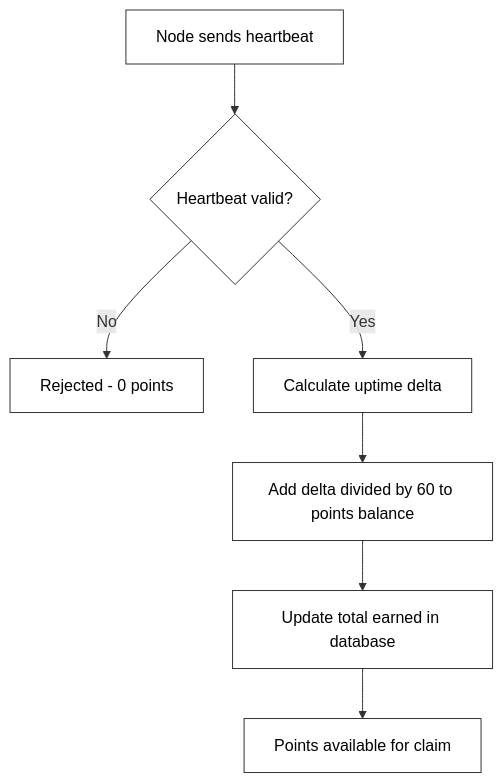
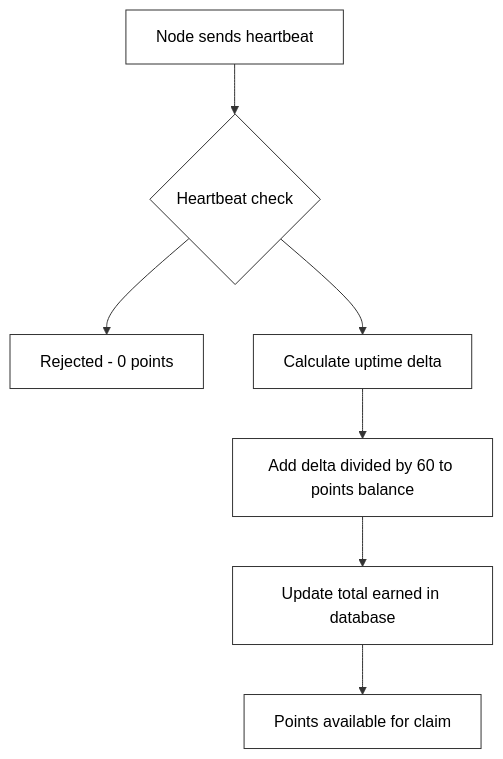
The first of 2 diagrams in rewards.md (Nexora-Node/Docs), drawn with Mermaid before and after one commit. The commit also changed other lines of this file and 5 other files, not shown here.

````diff
--- a/rewards.md
+++ b/rewards.md
@@ -37,17 +35,17 @@
 ```mermaid
 flowchart TD
-    A[Node sends heartbeat] --> B{Heartbeat valid?}
-    B -->|No| C[Rejected - 0 points]
-    B -->|Yes| D[Calculate uptime delta]
+    A[Node sends heartbeat] --> B{Heartbeat check}
+    B --> C[Rejected - 0 points]
+    B --> D[Calculate uptime delta]
     D --> E[Add delta divided by 60 to points balance]
     E --> F[Update total earned in database]
     F --> G[Points available for claim]
 
     style A fill:#fff,stroke:#333,color:#000
     style B fill:#fff,stroke:#333,color:#000
     style C fill:#fff,stroke:#333,color:#000
     style D fill:#fff,stroke:#333,color:#000
     style E fill:#fff,stroke:#333,color:#000
     style F fill:#fff,stroke:#333,color:#000
     style G fill:#fff,stroke:#333,color:#000
 ```
````
